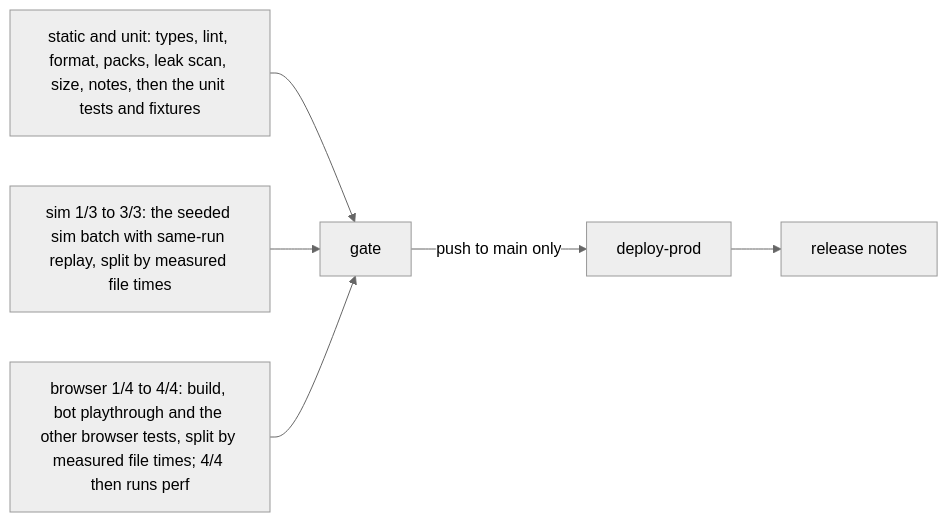
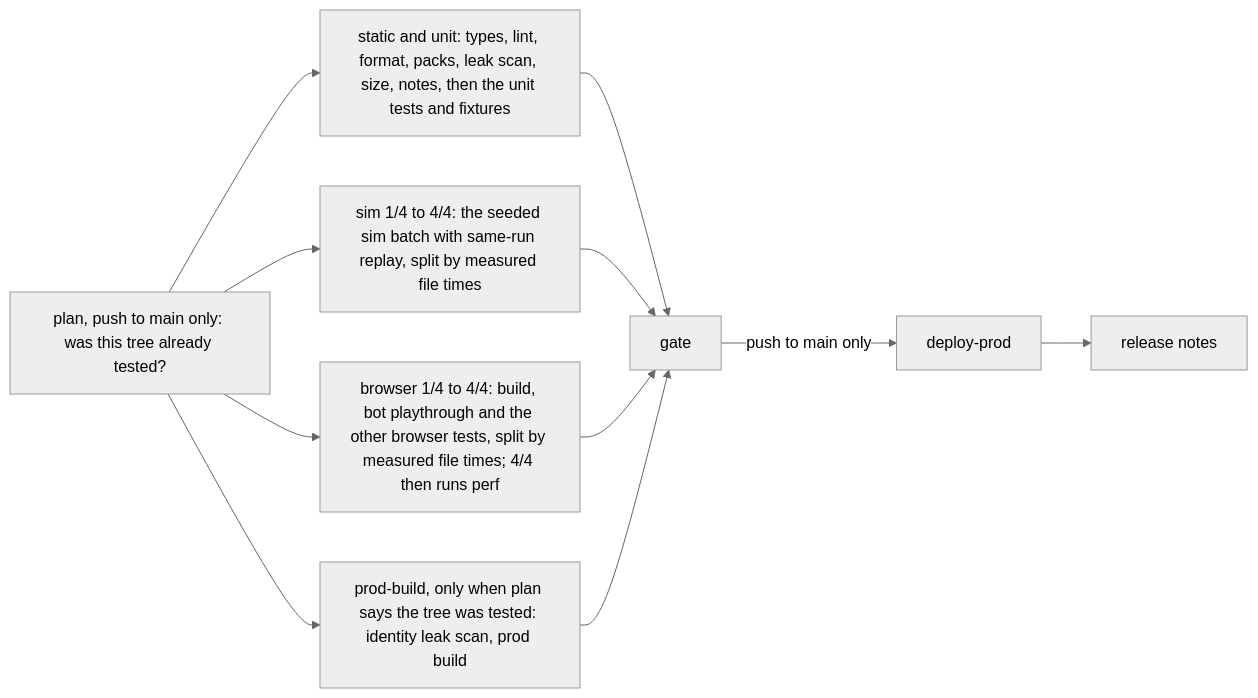
One commit to joshuasundance-swca/throttlebrawl changed the diagram in docs/engineering.md. Above: the diagram before and after it, drawn with Mermaid (neutral theme). The commit also changed other lines of this file and 11 other files, not shown here.

First line of the commit message:
infra: main skips the suite for an already-tested tree; sim in 4 slices; retire staging.yml

````diff
--- a/docs/engineering.md
+++ b/docs/engineering.md
@@ -263,8 +263,10 @@
 ```mermaid
 flowchart LR
   A[static and unit: types, lint, format, packs, leak scan, size, notes, then the unit tests and fixtures] --> G[gate]
-  S[sim 1/3 to 3/3: the seeded sim batch with same-run replay, split by measured file times] --> G
+  P[plan, push to main only: was this tree already tested?] --> A & S & C & B
+  S[sim 1/4 to 4/4: the seeded sim batch with same-run replay, split by measured file times] --> G
   C[browser 1/4 to 4/4: build, bot playthrough and the other browser tests, split by measured file times; 4/4 then runs perf] --> G
+  B[prod-build, only when plan says the tree was tested: identity leak scan, prod build] --> G
   G -->|push to main only| D[deploy-prod]
   D --> R[release notes]
 ```
````
